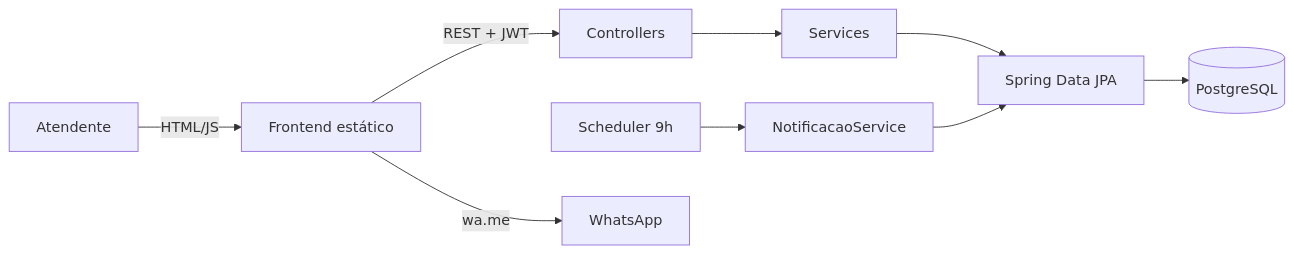
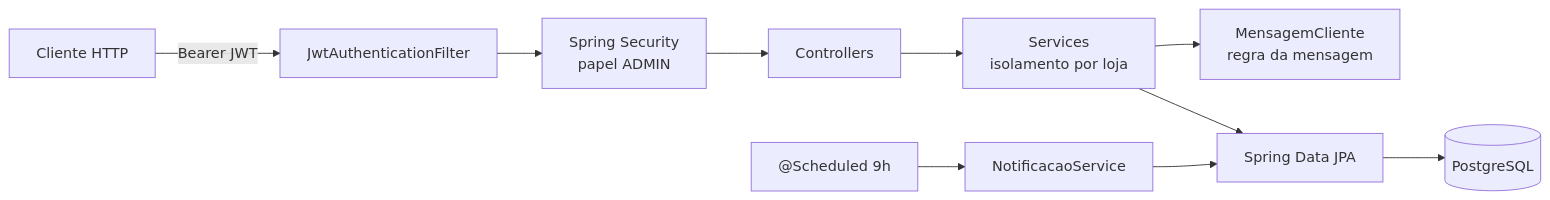
Before and after one commit to Tutzdev/AgroNotify: the diagram in README.md, drawn with Mermaid. The commit also changed other lines of this file and 4 other files, not shown here.

````diff
--- a/README.md
+++ b/README.md
@@ -44,11 +38,12 @@
 ```mermaid
 flowchart LR
-    U[Atendente] -->|HTML/JS| F[Frontend estático]
-    F -->|REST + JWT| C[Controllers]
-    C --> S[Services]
+    U[Cliente HTTP] -->|Bearer JWT| JF[JwtAuthenticationFilter]
+    JF --> SC[Spring Security<br/>papel ADMIN]
+    SC --> C[Controllers]
+    C --> S[Services<br/>isolamento por loja]
+    S --> MC[MensagemCliente<br/>regra da mensagem]
     S --> R[Spring Data JPA]
     R --> DB[(PostgreSQL)]
-    SCH[Scheduler 9h] --> N[NotificacaoService]
+    SCH["@Scheduled 9h"] --> N[NotificacaoService]
     N --> R
-    F -->|wa.me| W[WhatsApp]
 ```
````
